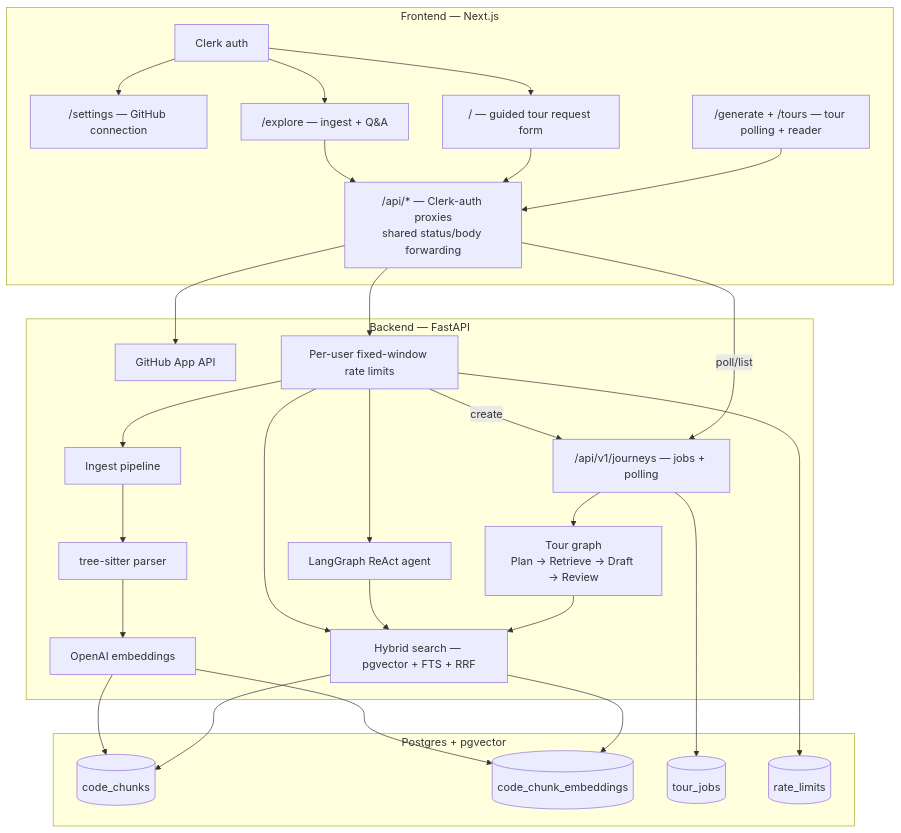
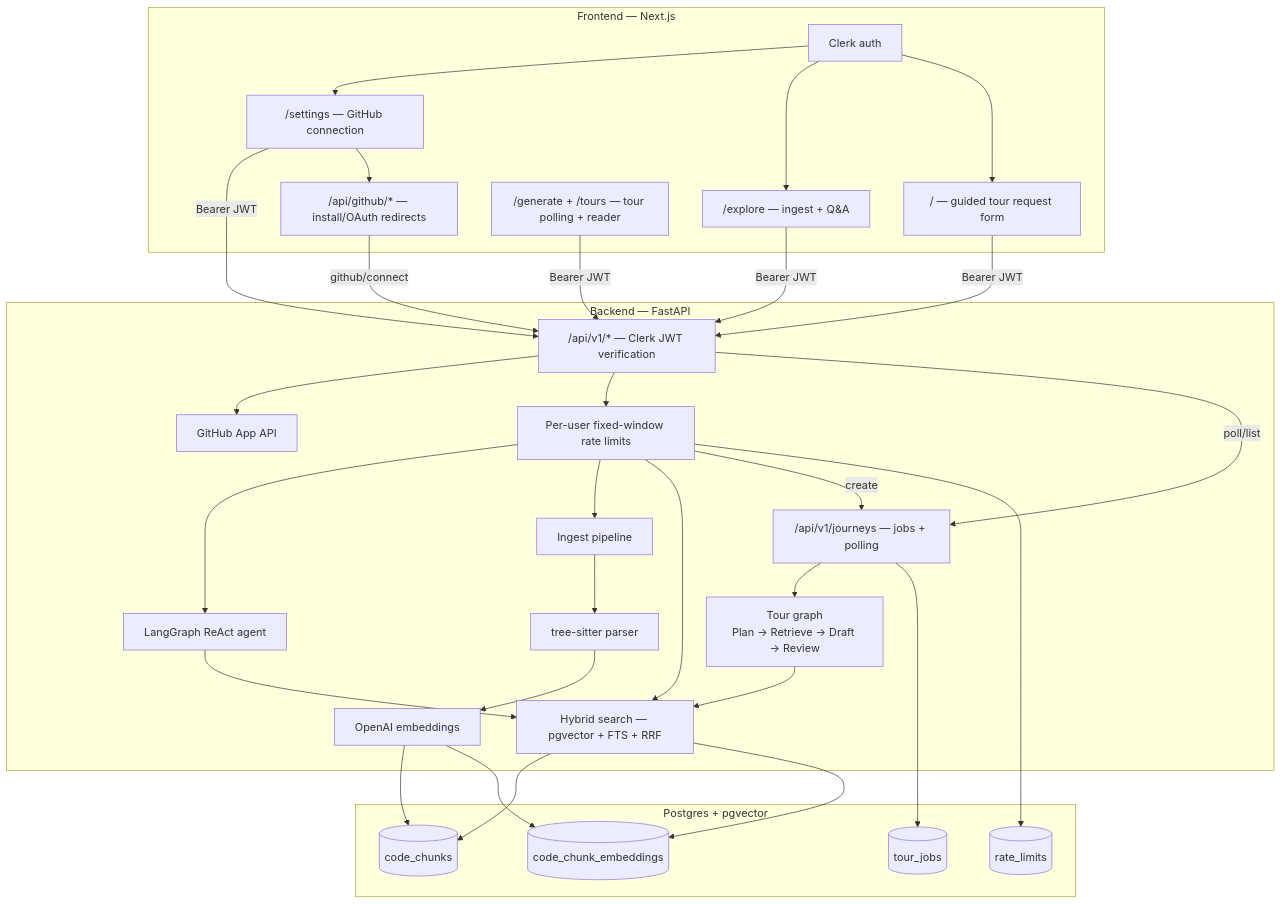
Before and after one commit to jballo/camino: the second of 3 diagrams in README.md, drawn with Mermaid. The commit also changed other lines of this file and 23 other files, not shown here.

````diff
--- a/README.md
+++ b/README.md
@@ -79,53 +79,57 @@
 ```mermaid
 flowchart TB
   subgraph frontend [Frontend — Next.js]
     Clerk[Clerk auth]
     Settings["/settings — GitHub connection"]
     Explore["/explore — ingest + Q&A"]
     Home["/ — guided tour request form"]
     TourUI["/generate + /tours — tour polling + reader"]
-    Proxy["/api/* — Clerk-auth proxies<br/>shared status/body forwarding"]
+    GithubRoutes["/api/github/* — install/OAuth redirects"]
   end
 
   subgraph backend [Backend — FastAPI]
+    API["/api/v1/* — Clerk JWT verification"]
     GH[GitHub App API]
     Ingest[Ingest pipeline]
     Parser[tree-sitter parser]
     Embed[OpenAI embeddings]
     Search[Hybrid search — pgvector + FTS + RRF]
     Agent[LangGraph ReAct agent]
     Journeys["/api/v1/journeys — jobs + polling"]
     TourGraph["Tour graph<br/>Plan → Retrieve → Draft → Review"]
     Limits["Per-user fixed-window rate limits"]
   end
 
   subgraph data [Postgres + pgvector]
     Chunks[(code_chunks)]
     Vectors[(code_chunk_embeddings)]
     Jobs[(tour_jobs)]
     Counters[(rate_limits)]
   end
 
   Clerk --> Settings
   Clerk --> Explore
   Clerk --> Home
-  Explore --> Proxy
-  Home --> Proxy
-  TourUI --> Proxy
-  Proxy --> GH
-  Proxy --> Limits
+  Settings -->|"Bearer JWT"| API
+  Explore -->|"Bearer JWT"| API
+  Home -->|"Bearer JWT"| API
+  TourUI -->|"Bearer JWT"| API
+  Settings --> GithubRoutes
+  GithubRoutes -->|github/connect| API
+  API --> GH
+  API --> Limits
   Limits --> Agent
   Limits --> Ingest
   Limits --> Search
   Limits -->|create| Journeys
-  Proxy -->|poll/list| Journeys
+  API -->|poll/list| Journeys
   Limits --> Counters
   Journeys --> TourGraph
   Ingest --> Parser --> Embed --> Chunks
   Embed --> Vectors
   Agent --> Search
   TourGraph --> Search
   Journeys --> Jobs
   Search --> Chunks
   Search --> Vectors
 ```
````
